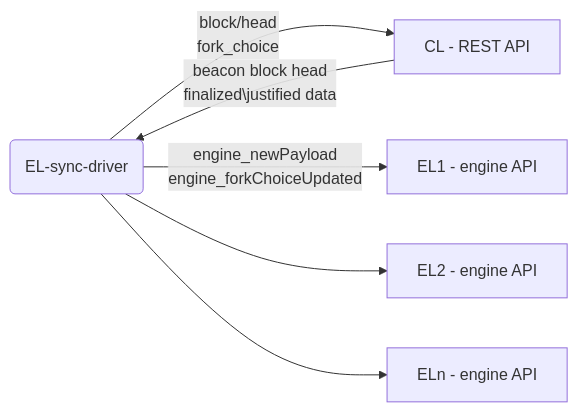
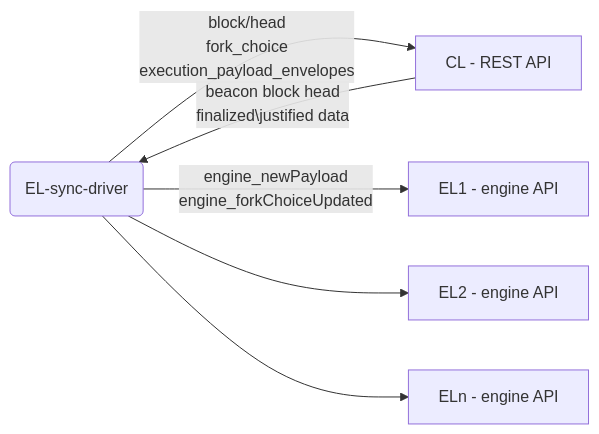
One commit to tbenr/el-sync-driver changed the diagram in README.md. Above: the diagram before and after it, drawn with Mermaid. The commit also changed other lines of this file and 23 other files, not shown here.

````diff
--- a/README.md
+++ b/README.md
@@ -7,8 +7,8 @@
 ```mermaid
 graph LR
-    B(EL-sync-driver) -- block/head<br />fork_choice --> C[CL - REST API]
+    B(EL-sync-driver) -- block/head<br />fork_choice<br />execution_payload_envelopes --> C[CL - REST API]
     C -- beacon block head<br />finalized\justified data--> B
     B -- engine_newPayload<br />engine_forkChoiceUpdated --> D[EL1 - engine API]
     B --> E[EL2 - engine API]
     B --> F[ELn - engine API]
 ```
````
